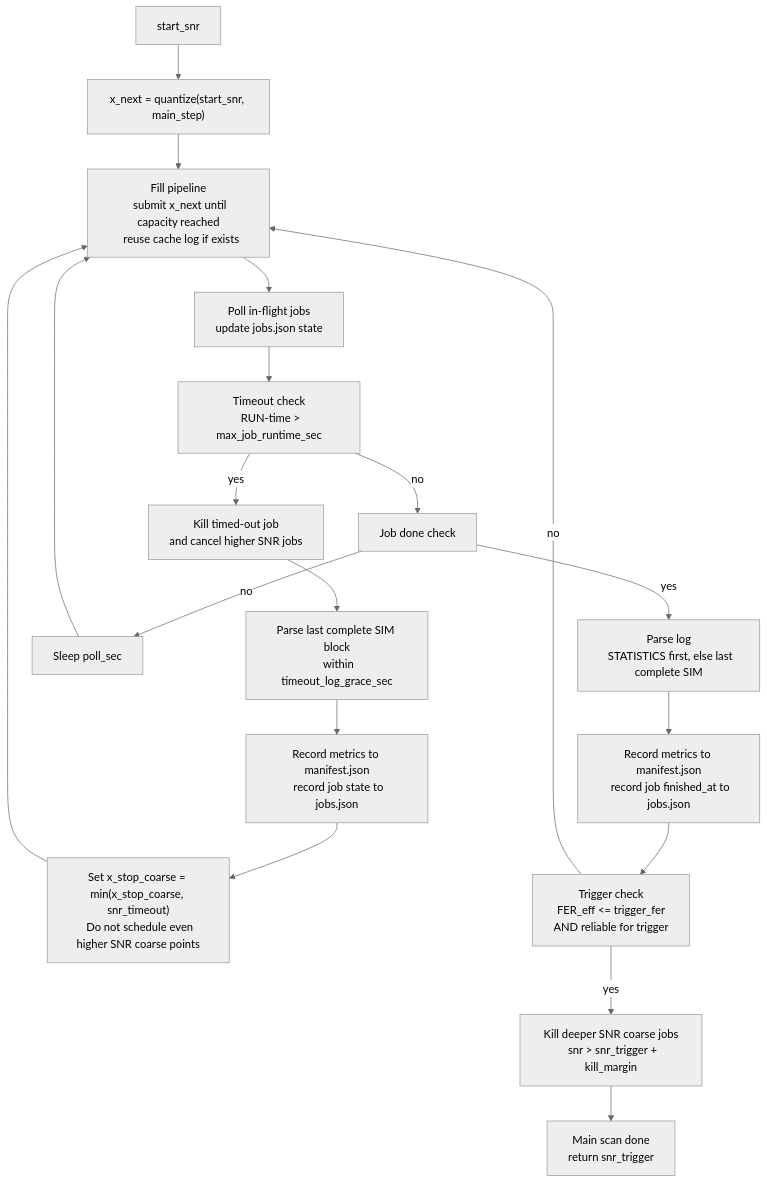
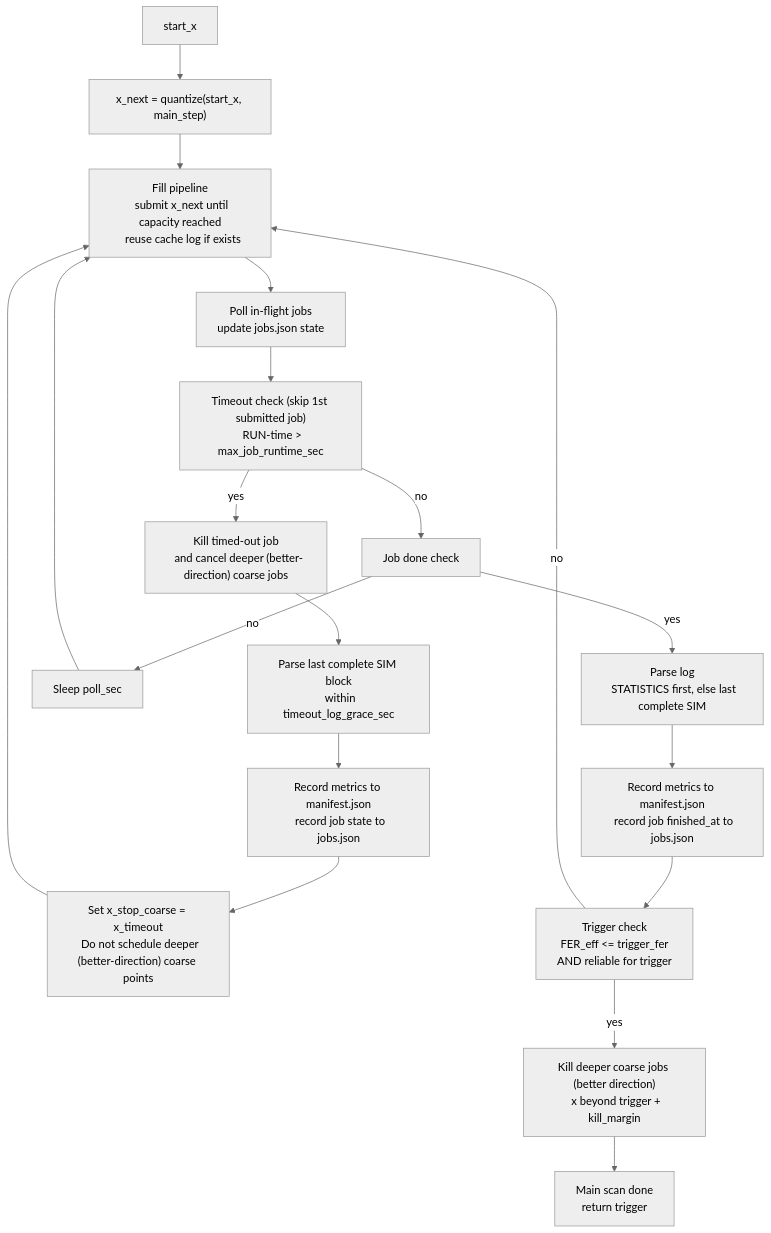
Before and after one commit to Gol-D-Rogger/LDPC-codes: the fourth of 4 diagrams in scripts/auto_fer_eval/README.md, drawn with Mermaid (neutral theme). The commit also changed other lines of this file and 38 other files, not shown here.

````diff
--- a/scripts/auto_fer_eval/README.md
+++ b/scripts/auto_fer_eval/README.md
@@ -209,36 +215,36 @@
 ```mermaid
 flowchart TD
-  S["start_snr"] --> XN["x_next = quantize(start_snr, main_step)"]
+  S["start_x"] --> XN["x_next = quantize(start_x, main_step)"]
 
   XN --> FILL["Fill pipeline
   submit x_next until capacity reached
   reuse cache log if exists"]
   FILL --> POLL["Poll in-flight jobs
   update jobs.json state"]
 
-  POLL --> TO["Timeout check
+  POLL --> TO["Timeout check (skip 1st submitted job)
   RUN-time > max_job_runtime_sec"]
   TO -->| yes | KILL["Kill timed-out job
-  and cancel higher SNR jobs"]
+  and cancel deeper (better-direction) coarse jobs"]
   KILL --> PARSE["Parse last complete SIM block
   within timeout_log_grace_sec"]
   PARSE --> REC["Record metrics to manifest.json
   record job state to jobs.json"]
-  REC --> CAP["Set x_stop_coarse = min(x_stop_coarse, snr_timeout)
-  Do not schedule even higher SNR coarse points"]
+  REC --> CAP["Set x_stop_coarse = x_timeout
+  Do not schedule deeper (better-direction) coarse points"]
   CAP --> FILL
 
   TO -->| no | DONE["Job done check"]
   DONE -->| no | SLEEP["Sleep poll_sec"] --> FILL
   DONE -->| yes | PARSE2["Parse log
   STATISTICS first, else last complete SIM"]
   PARSE2 --> REC2["Record metrics to manifest.json
   record job finished_at to jobs.json"]
   REC2 --> TRIG["Trigger check
   FER_eff <= trigger_fer
   AND reliable for trigger"]
-  TRIG -->| yes | KILL2["Kill deeper SNR coarse jobs
-  snr > snr_trigger + kill_margin"] --> END["Main scan done
-  return snr_trigger"]
+  TRIG -->| yes | KILL2["Kill deeper coarse jobs (better direction)
+  x beyond trigger + kill_margin"] --> END["Main scan done
+  return trigger"]
   TRIG -->| no | FILL
 ```
````
